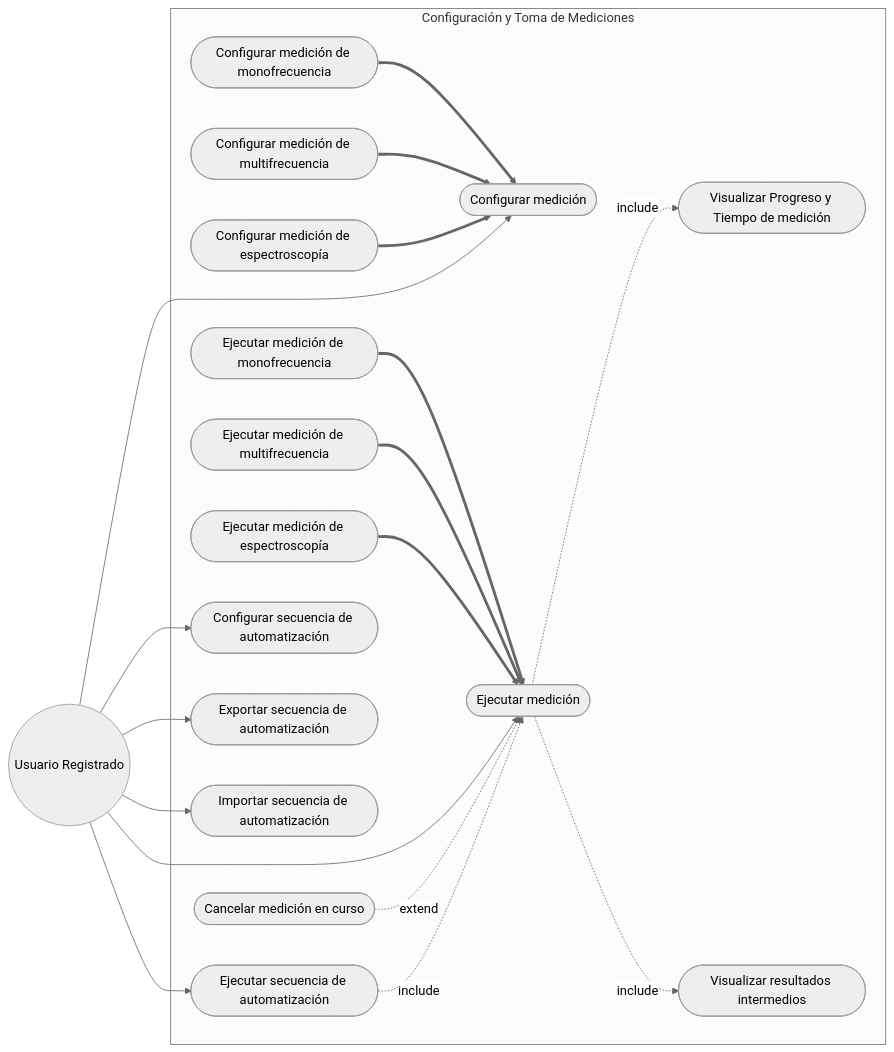
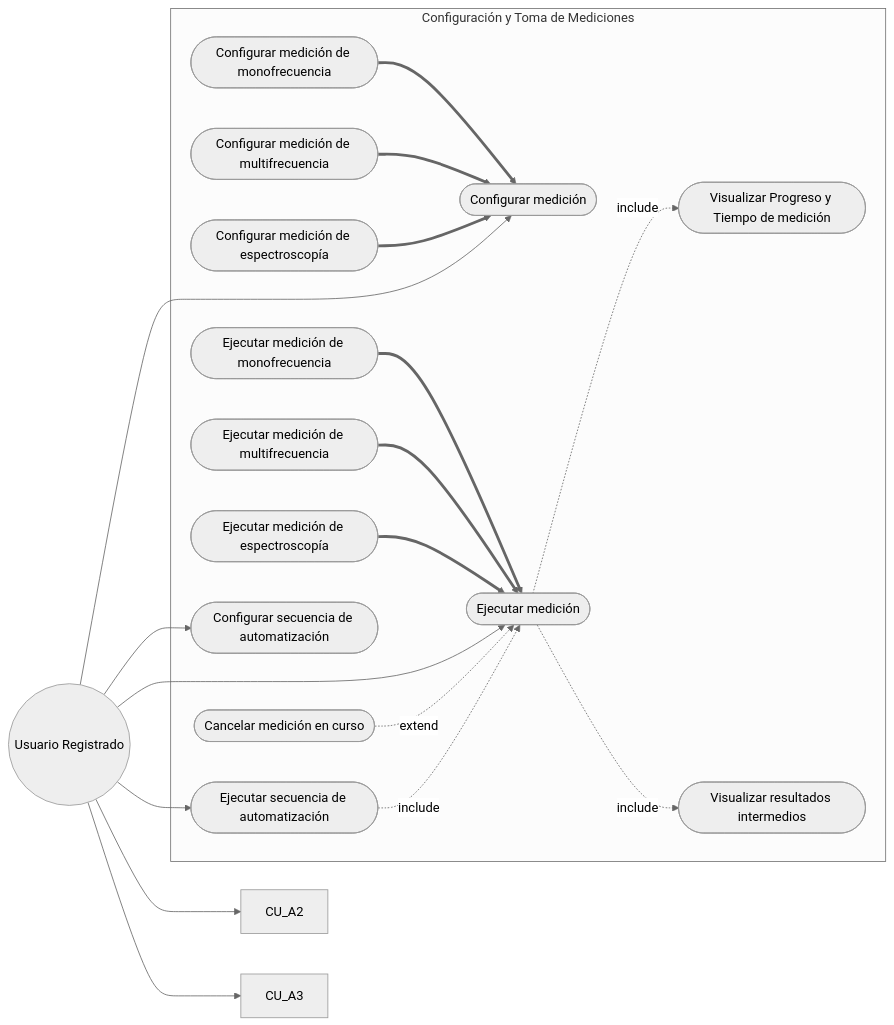
Before and after one commit to alegrelias/Repo-GMini: the third of 7 diagrams in Gmini-MarkDown/Diagramas/Diagramas de CU.md, drawn with Mermaid (neutral theme).

Commit message:
Se movio lo mismo en el diagrama

````diff
--- a/Gmini-MarkDown/Diagramas/Diagramas de CU.md
+++ b/Gmini-MarkDown/Diagramas/Diagramas de CU.md
@@ -57,47 +57,45 @@
 ```mermaid
 flowchart LR
 %% Actores
 Usuario((Usuario Registrado))
 
 subgraph Configuración y Toma de Mediciones
 	CU7([Configurar medición])
 	CU8([Configurar medición de monofrecuencia])
 	CU9([Configurar medición de multifrecuencia])
 	CU10([Configurar medición de espectroscopía])
 	CU11([Ejecutar medición])
 	CU12([Ejecutar medición de monofrecuencia])
 	CU13([Ejecutar medición de multifrecuencia])
 	CU14([Ejecutar medición de espectroscopía])
 	CU15([Visualizar Progreso y Tiempo de medición])
 	CU19([Visualizar resultados intermedios])
 	CU_D2([Cancelar medición en curso])
 
 	%% Casos de Uso de Automatización incorporados
 	CU_A1([Configurar secuencia de automatización])
-	CU_A2([Exportar secuencia de automatización])
-	CU_A3([Importar secuencia de automatización])
 	CU_A4([Ejecutar secuencia de automatización])
 end
 
 %% Generalización
 CU8 ==> CU7
 CU9 ==> CU7
 CU10 ==> CU7
 CU12 ==> CU11
 CU13 ==> CU11
 CU14 ==> CU11
 
 %% Asociaciones
 Usuario --> CU7
 Usuario --> CU11
 Usuario --> CU_A1
 Usuario --> CU_A2
 Usuario --> CU_A3
 Usuario --> CU_A4
 
 %% Relaciones Include/Extend
 CU11 -.include.-> CU15
 CU11 -.include.-> CU19
 CU_D2 -.extend.-> CU11
 CU_A4 -.include.-> CU11
 ```
````
